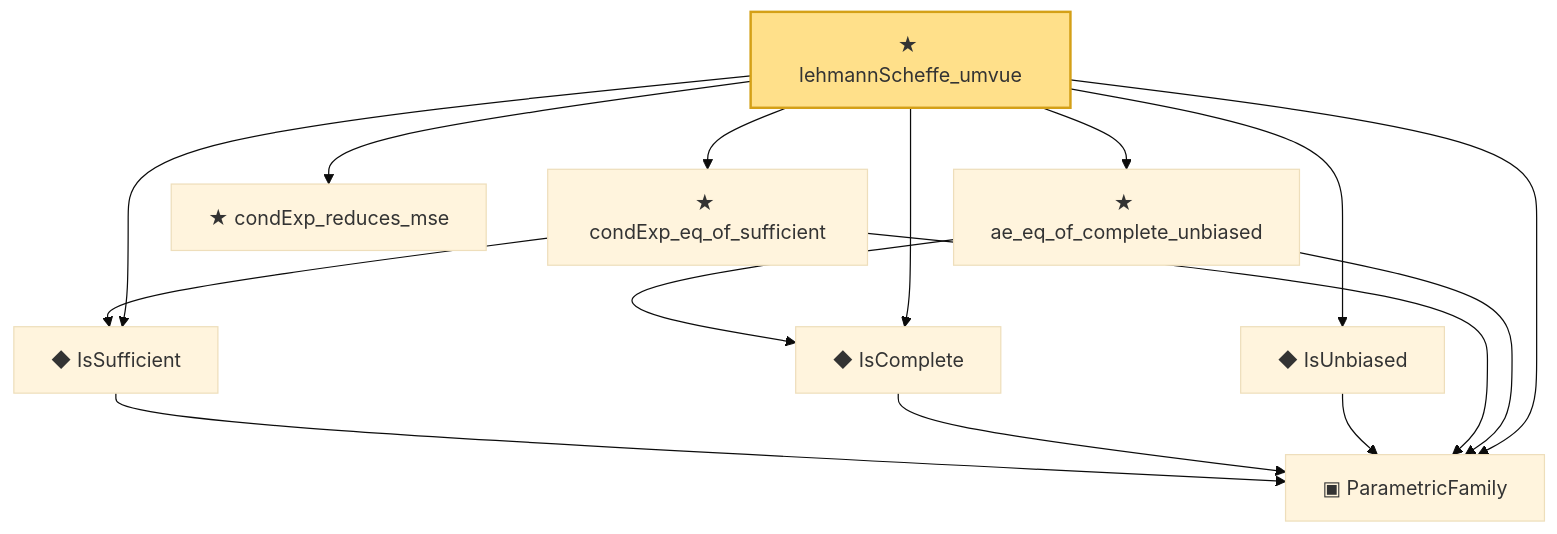
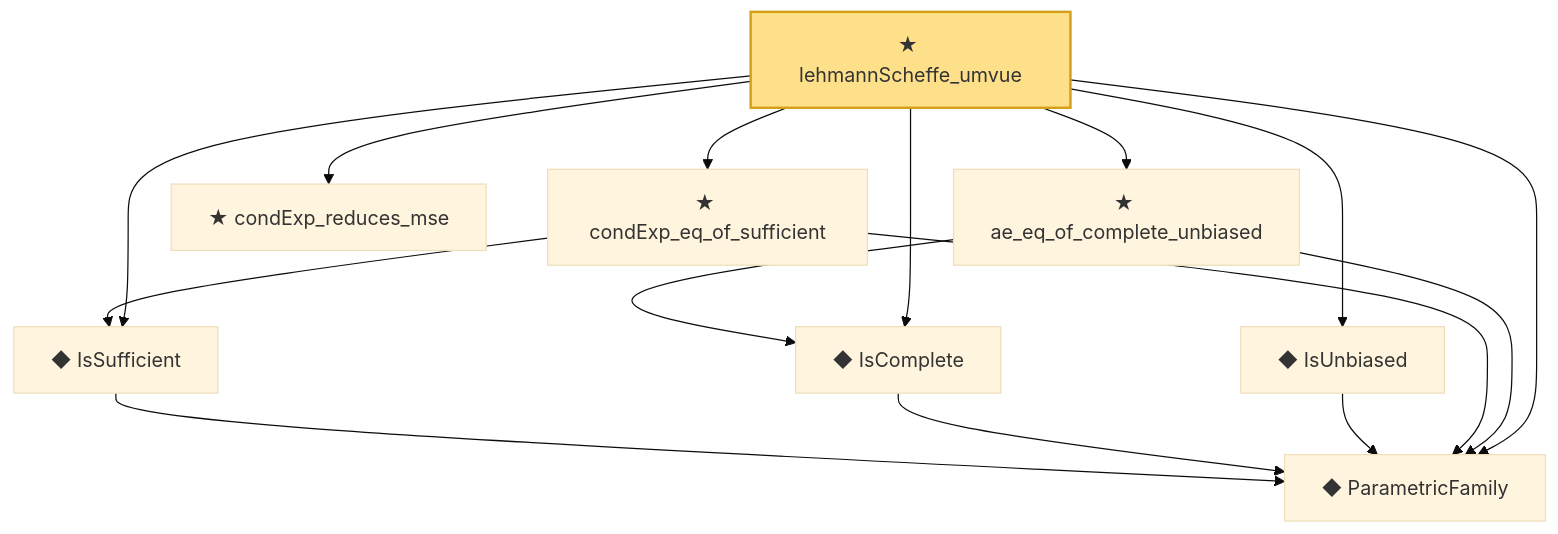
Before and after one commit to statopia/statlib-site: the diagram in public/narratives/StatFoundation/lehmannScheffe_umvue.md, drawn with Mermaid (base theme). The commit also changed other lines of this file and 940 other files, not shown here.

Commit message:
docs: refresh featured dependency graphs

````diff
--- a/public/narratives/StatFoundation/lehmannScheffe_umvue.md
+++ b/public/narratives/StatFoundation/lehmannScheffe_umvue.md
@@ -19,28 +19,28 @@
 ```mermaid
 flowchart TD
-  n0["▣ ParametricFamily"]
+  n0["◆ ParametricFamily"]
   n1["◆ IsSufficient"]
   n2["◆ IsComplete"]
   n3["◆ IsUnbiased"]
   n4["★ condExp_eq_of_sufficient"]
   n5["★ condExp_reduces_mse"]
   n6["★ ae_eq_of_complete_unbiased"]
   n7["★ lehmannScheffe_umvue"]
   n1 --> n0
   n2 --> n0
   n3 --> n0
   n4 --> n0
   n4 --> n1
   n6 --> n0
   n6 --> n2
   n7 --> n0
   n7 --> n1
   n7 --> n2
   n7 --> n3
   n7 --> n4
   n7 --> n5
   n7 --> n6
   class n7 headline;
   classDef headline fill:#ffe08a,stroke:#d4a017,stroke-width:2px;
   classDef axiomNode fill:#ffd0d0,stroke:#c0392b,stroke-dasharray:4 2;
 ```
````
